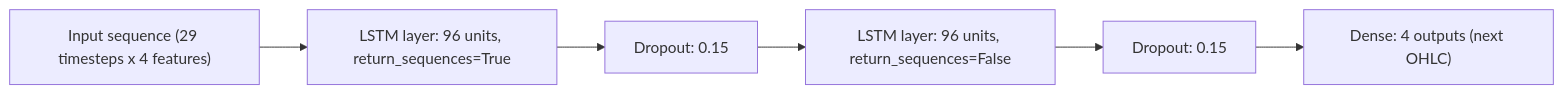
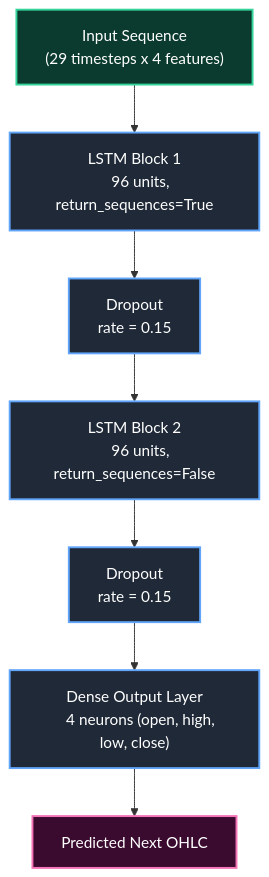
The second of 5 diagrams in README.md (Seventie/New-York-Stock-Prediction---LSTM-), drawn with Mermaid before and after one commit.

Commit message:
Improve LSTM architecture diagram layout in README

````diff
--- a/README.md
+++ b/README.md
@@ -59,8 +59,23 @@
 ```mermaid
-flowchart LR
-    A["Input sequence (29 timesteps x 4 features)"] --> B["LSTM layer: 96 units, return_sequences=True"]
-    B --> C["Dropout: 0.15"]
-    C --> D["LSTM layer: 96 units, return_sequences=False"]
-    D --> E["Dropout: 0.15"]
-    E --> F["Dense: 4 outputs (next OHLC)"]
+flowchart TB
+    A["Input Sequence
+    (29 timesteps x 4 features)"] --> B["LSTM Block 1
+    96 units, return_sequences=True"]
+    B --> C["Dropout
+    rate = 0.15"]
+    C --> D["LSTM Block 2
+    96 units, return_sequences=False"]
+    D --> E["Dropout
+    rate = 0.15"]
+    E --> F["Dense Output Layer
+    4 neurons (open, high, low, close)"]
+    F --> G["Predicted Next OHLC"]
+
+    classDef layer fill:#1f2937,stroke:#60a5fa,stroke-width:2px,color:#ffffff;
+    classDef input fill:#0b3b2e,stroke:#34d399,stroke-width:2px,color:#ffffff;
+    classDef output fill:#3b0b2f,stroke:#f472b6,stroke-width:2px,color:#ffffff;
+
+    class A input;
+    class B,C,D,E,F layer;
+    class G output;
 ```
````
